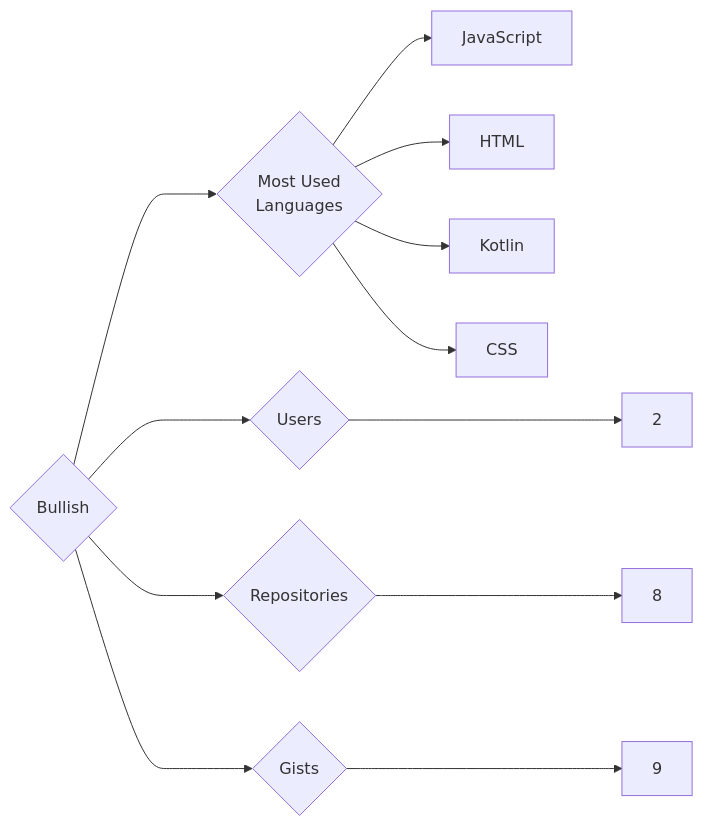
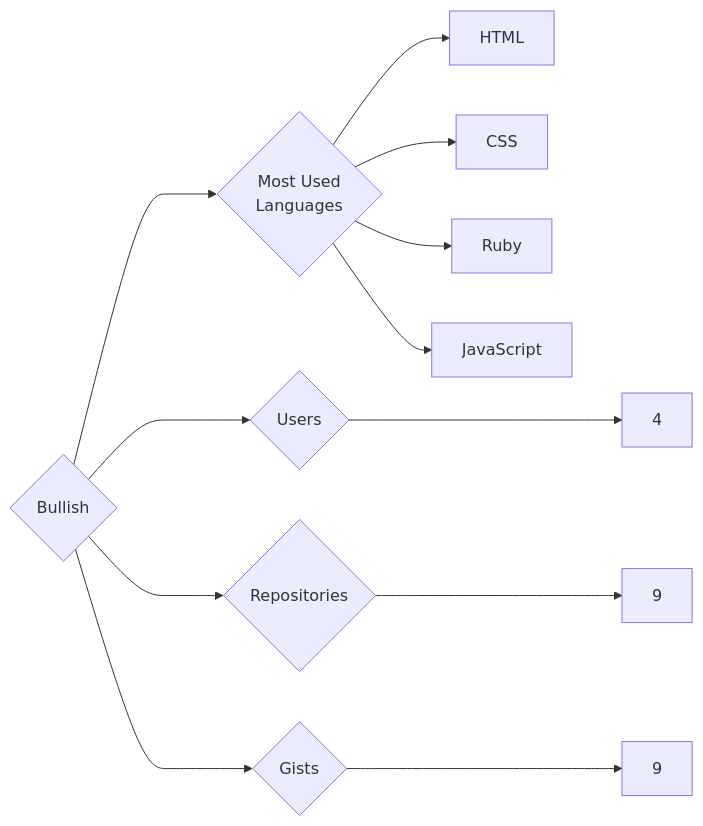
Before and after one commit to trickest/insiders: the diagram in targets/Bullish/README.md, drawn with Mermaid. The commit also changed 693 other files, not shown here.

````diff
--- a/targets/Bullish/README.md
+++ b/targets/Bullish/README.md
@@ -3,12 +3,12 @@
 ```mermaid
 graph LR
 COMPANY_NAME{Bullish}
-COMPANY_NAME ---> U{Users} ---> UN[2]
-COMPANY_NAME ---> R{Repositories} ---> RN[8]
+COMPANY_NAME ---> U{Users} ---> UN[4]
+COMPANY_NAME ---> R{Repositories} ---> RN[9]
 COMPANY_NAME ---> G{Gists} ---> GN[9]
 COMPANY_NAME ---> ML{Most Used<br>Languages}
+ML --> HTML[HTML]
+ML --> CSS[CSS]
+ML --> Ruby[Ruby]
 ML --> JavaScript[JavaScript]
-ML --> HTML[HTML]
-ML --> Kotlin[Kotlin]
-ML --> CSS[CSS]
 ```
````
